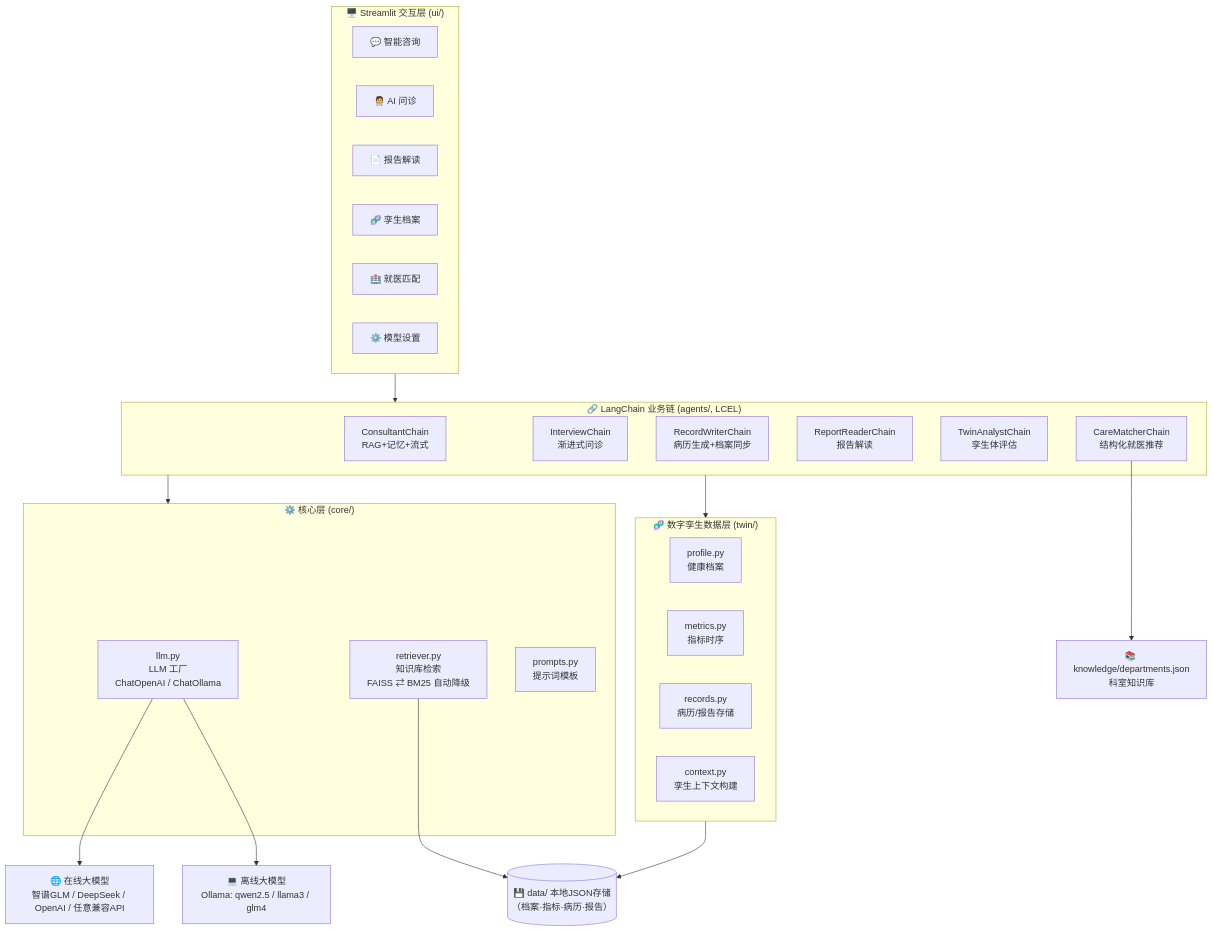
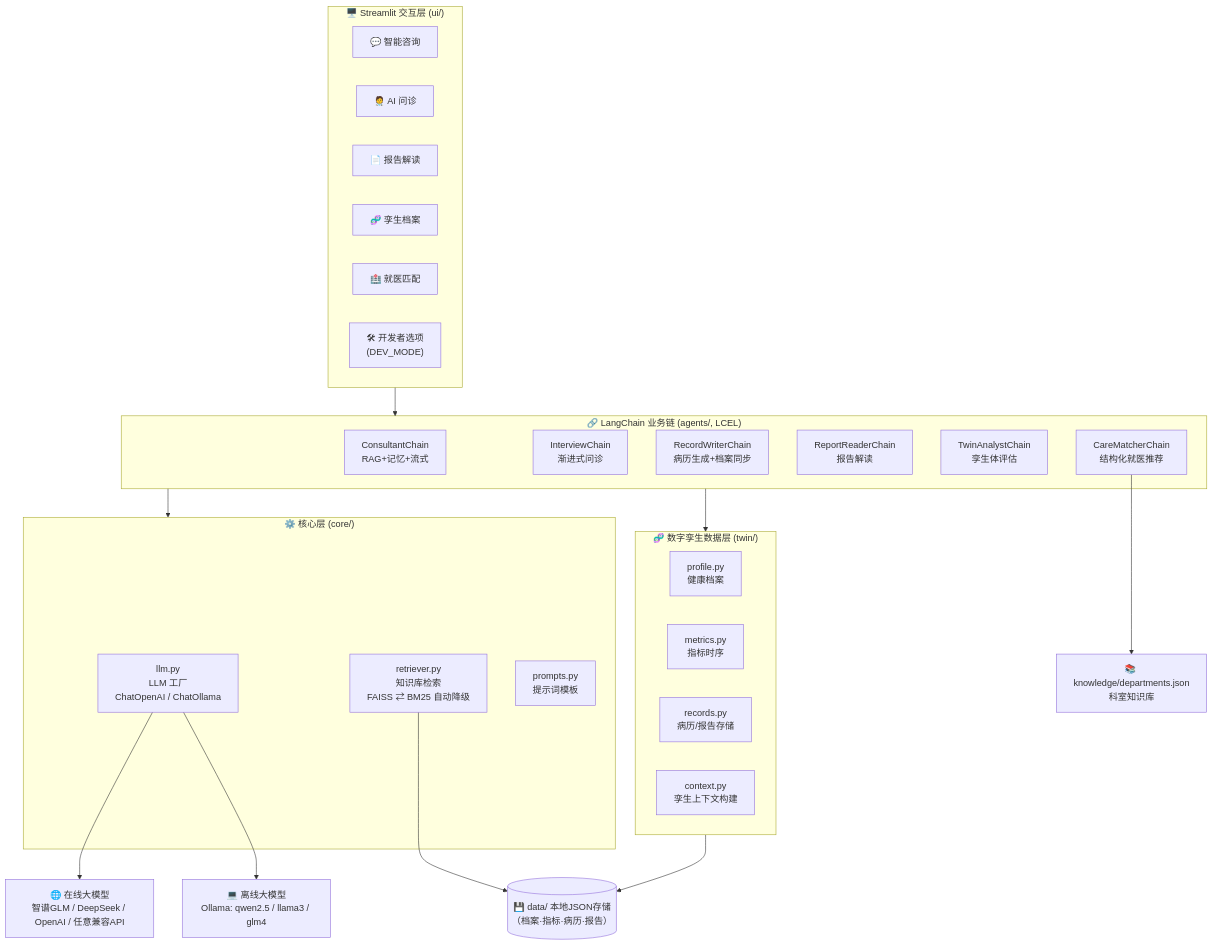
The diagram in README.md (serendipityovo/health-twin), drawn with Mermaid before and after one commit. The commit also changed other lines of this file and 17 other files, not shown here.

````diff
--- a/README.md
+++ b/README.md
@@ -78,46 +80,47 @@
 ```mermaid
 flowchart TB
     subgraph UI["🖥️ Streamlit 交互层 (ui/)"]
         V1["💬 智能咨询"]
         V2["🧑‍⚕️ AI 问诊"]
         V3["📄 报告解读"]
         V4["🧬 孪生档案"]
         V5["🏥 就医匹配"]
-        V6["⚙️ 模型设置"]
+        V6["🛠 开发者选项
+(DEV_MODE)"]
     end
 
     subgraph AGENTS["🔗 LangChain 业务链 (agents/, LCEL)"]
         A1["ConsultantChain\nRAG+记忆+流式"]
         A2["InterviewChain\n渐进式问诊"]
         A3["RecordWriterChain\n病历生成+档案同步"]
         A4["ReportReaderChain\n报告解读"]
         A5["TwinAnalystChain\n孪生体评估"]
         A6["CareMatcherChain\n结构化就医推荐"]
     end
 
     subgraph CORE["⚙️ 核心层 (core/)"]
         LLM["llm.py\nLLM 工厂\nChatOpenAI / ChatOllama"]
         RET["retriever.py\n知识库检索\nFAISS ⇄ BM25 自动降级"]
         PROMPT["prompts.py\n提示词模板"]
     end
 
     subgraph TWIN["🧬 数字孪生数据层 (twin/)"]
         P["profile.py\n健康档案"]
         M["metrics.py\n指标时序"]
         R["records.py\n病历/报告存储"]
         CTX["context.py\n孪生上下文构建"]
     end
 
     KB["📚 knowledge/departments.json\n科室知识库"]
     DATA[("💾 data/ 本地JSON存储\n（档案·指标·病历·报告）")]
 
     EXT1["🌐 在线大模型\n智谱GLM / DeepSeek / OpenAI / 任意兼容API"]
     EXT2["💻 离线大模型\nOllama: qwen2.5 / llama3 / glm4"]
 
     UI --> AGENTS --> CORE
     AGENTS --> TWIN --> DATA
     RET --> DATA
     A6 --> KB
     LLM --> EXT1
     LLM --> EXT2
 ```
````
